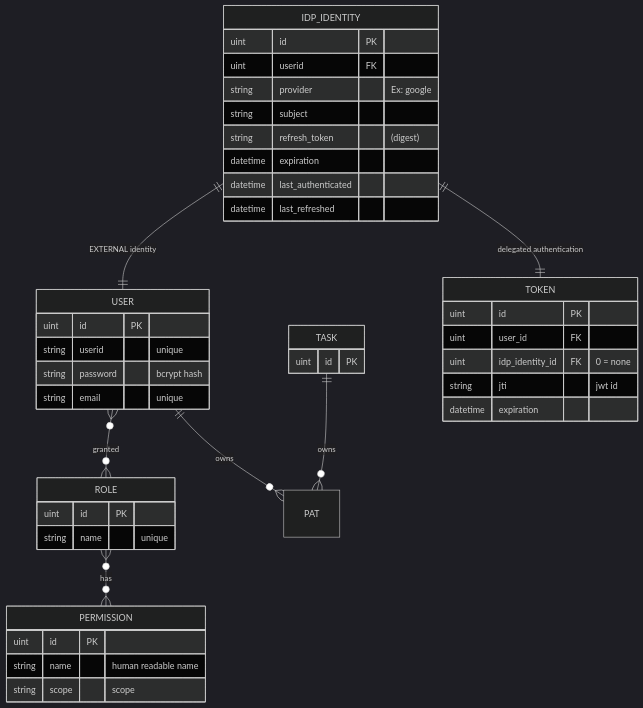
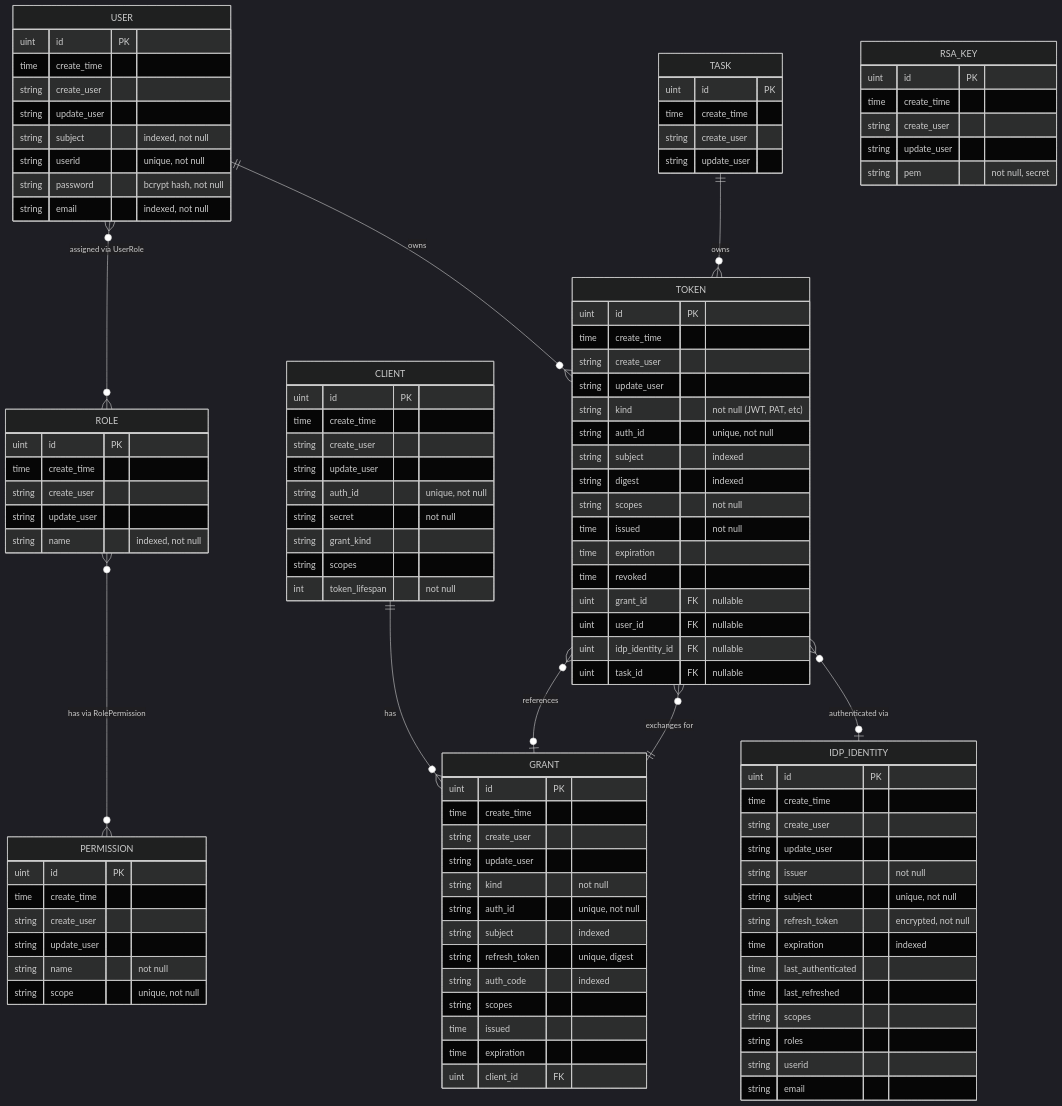
Before and after one commit to konveyor/enhancements: the first of 6 diagrams in enhancements/hub-oidc-provider/DESIGN.md, drawn with Mermaid (dark theme). The commit also changed other lines of this file, not shown here.

Commit message:
checkpoint

````diff
--- a/enhancements/hub-oidc-provider/DESIGN.md
+++ b/enhancements/hub-oidc-provider/DESIGN.md
@@ -52,52 +54,118 @@
 ```mermaid
 erDiagram
-    USER }o--o{ ROLE : "granted"
-    ROLE }o--o{ PERMISSION : "has"
-    USER ||--o{ PAT : "owns"
-    TASK ||--o{ PAT : "owns"
-    IDP_IDENTITY ||--|| USER : "EXTERNAL identity"
-    IDP_IDENTITY ||--|| TOKEN : "delegated authentication"
+    USER }o--o{ ROLE : "assigned via UserRole"
+    ROLE }o--o{ PERMISSION : "has via RolePermission"
+    USER ||--o{ TOKEN : "owns"
+    TASK ||--o{ TOKEN : "owns"
+    CLIENT ||--o{ GRANT : "has"
+    GRANT ||--o{ TOKEN : "exchanges for"
+    TOKEN }o--o| GRANT : "references"
+    TOKEN }o--o| IDP_IDENTITY : "authenticated via"
 
     USER {
         uint id PK
-        string userid "unique"
-        string password "bcrypt hash"
-        string email "unique"
+        time create_time
+        string create_user
+        string update_user
+        string subject "indexed, not null"
+        string userid "unique, not null"
+        string password "bcrypt hash, not null"
+        string email "indexed, not null"
     }
 
     ROLE {
         uint id PK
-        string name "unique"
+        time create_time
+        string create_user
+        string update_user
+        string name "indexed, not null"
     }
 
     PERMISSION {
         uint id PK
-        string name "human readable name"
-        string scope "scope"
+        time create_time
+        string create_user
+        string update_user
+        string name "not null"
+        string scope "unique, not null"
     }
 
     IDP_IDENTITY {
         uint id PK
-        uint userid FK
-        string provider "Ex: google"
-        string subject
-        string refresh_token "(digest)"
-        datetime expiration
-        datetime last_authenticated
-        datetime last_refreshed
+        time create_time
+        string create_user
+        string update_user
+        string issuer "not null"
+        string subject "unique, not null"
+        string refresh_token "encrypted, not null"
+        time expiration "indexed"
+        time last_authenticated
+        time last_refreshed
+        string scopes
+        string roles
+        string userid
+        string email
     }
     
+    CLIENT {
+        uint id PK
+        time create_time
+        string create_user
+        string update_user
+        string auth_id "unique, not null"
+        string secret "not null"
+        string grant_kind
+        string scopes
+        int token_lifespan "not null"
+    }
     
+    RSA_KEY {
+        uint id PK
+        time create_time
+        string create_user
+        string update_user
+        string pem "not null, secret"
+    }
+    
+    GRANT {
+        uint id PK
+        time create_time
+        string create_user
+        string update_user
+        string kind "not null"
+        string auth_id "unique, not null"
+        string subject "indexed"
+        string refresh_token "unique, digest"
+        string auth_code "indexed"
+        string scopes
+        time issued
+        time expiration
+        uint client_id FK
+    }
     
     TOKEN {
         uint id PK
-        uint user_id FK
-        uint idp_identity_id FK "0 = none"
-        string jti "jwt id"
-        datetime expiration
+        time create_time
+        string create_user
+        string update_user
+        string kind "not null (JWT, PAT, etc)"
+        string auth_id "unique, not null"
+        string subject "indexed"
+        string digest "indexed"
+        string scopes "not null"
+        time issued "not null"
+        time expiration
+        time revoked
+        uint grant_id FK "nullable"
+        uint user_id FK "nullable"
+        uint idp_identity_id FK "nullable"
+        uint task_id FK "nullable"
     }
     
     TASK {
-    uint id PK
+        uint id PK
+        time create_time
+        string create_user
+        string update_user
     }
 ```
````
